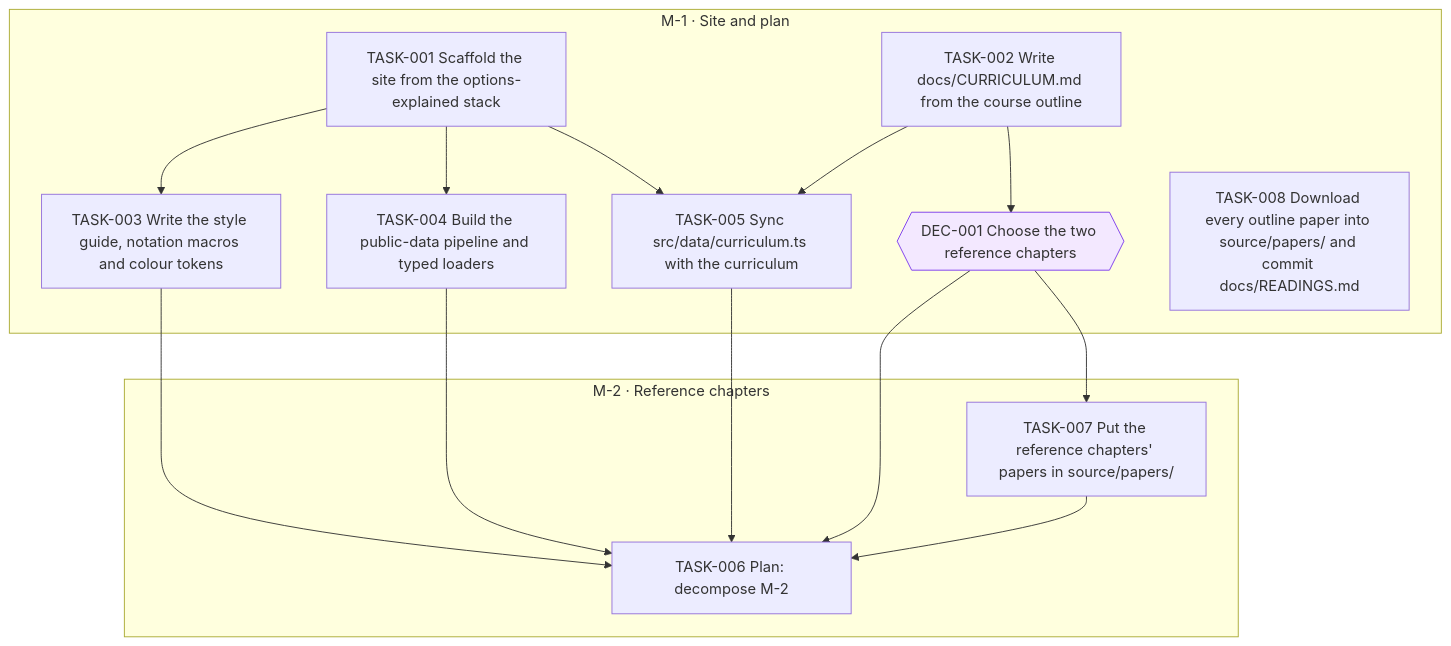
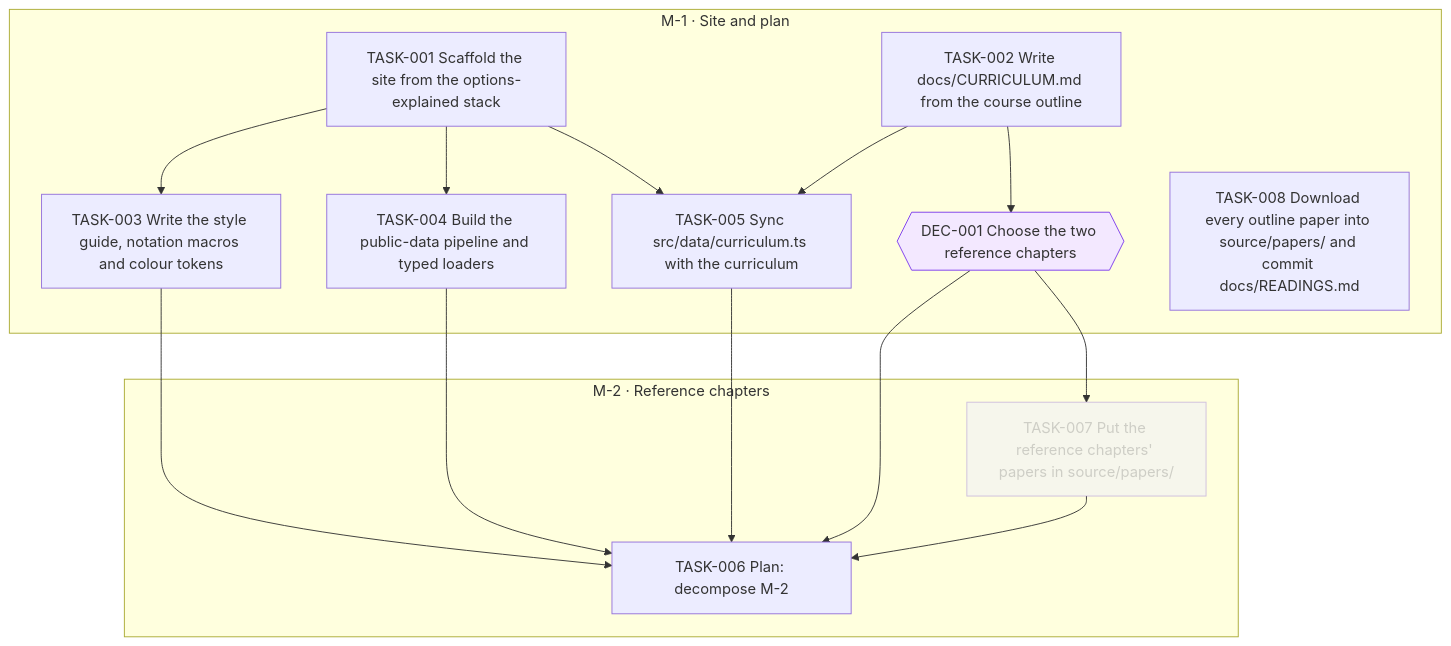
Before and after one commit to all-explained/empirical-finance-lbs: the diagram in goals/course-site/README.md, drawn with Mermaid. The commit also changed 2 other files, not shown here.

Commit message:
goal(course-site): cancel TASK-007: Replaced by TASK-008: a worker downloads all outline papers first, not only the reference chapters' papers.

````diff
--- a/goals/course-site/README.md
+++ b/goals/course-site/README.md
@@ -39,31 +39,32 @@
 ```mermaid
 flowchart TD
   subgraph M_1["M-1 · Site and plan"]
     DEC_001{{"DEC-001 Choose the two reference chapters"}}
     TASK_001["TASK-001 Scaffold the site from the options-explained stack"]
     TASK_002["TASK-002 Write docs/CURRICULUM.md from the course outline"]
     TASK_003["TASK-003 Write the style guide, notation macros and colour tokens"]
     TASK_004["TASK-004 Build the public-data pipeline and typed loaders"]
     TASK_005["TASK-005 Sync src/data/curriculum.ts with the curriculum"]
     TASK_008["TASK-008 Download every outline paper into source/papers/ and commit docs/READINGS.md"]
   end
   subgraph M_2["M-2 · Reference chapters"]
     TASK_006["TASK-006 Plan: decompose M-2"]
     TASK_007["TASK-007 Put the reference chapters' papers in source/papers/"]
   end
   TASK_002 --> DEC_001
   TASK_001 --> TASK_003
   TASK_001 --> TASK_004
   TASK_001 --> TASK_005
   TASK_002 --> TASK_005
   TASK_003 --> TASK_006
   TASK_004 --> TASK_006
   TASK_005 --> TASK_006
   DEC_001 --> TASK_006
   TASK_007 --> TASK_006
   DEC_001 --> TASK_007
   classDef draft stroke-dasharray: 4 3
   classDef cancelled opacity:0.45
   classDef decision fill:#f3e8ff,stroke:#7c3aed
+  class TASK_007 cancelled
   class DEC_001 decision
 ```
````
